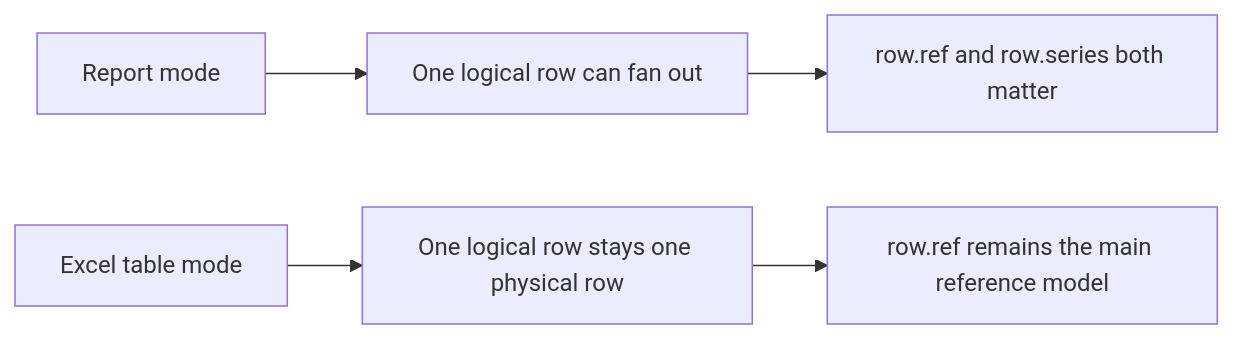
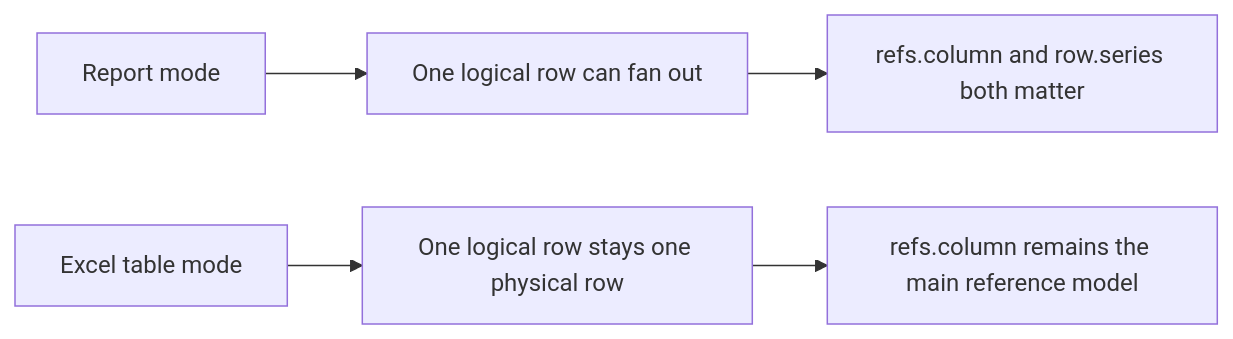
Before and after one commit to ChronicStone/typed-xlsx: the eighth of 8 diagrams in apps/docs/content/05.formulas/2.row-model.md, drawn with Mermaid. The commit also changed other lines of this file and 12 other files, not shown here.

First line of the commit message:
docs(docs): polish all 34 pages — add mermaid diagrams, fix outdated API refs, convert to twoslash

````diff
--- a/apps/docs/content/05.formulas/2.row-model.md
+++ b/apps/docs/content/05.formulas/2.row-model.md
@@ -302,8 +302,8 @@
 ```mermaid
 flowchart LR
   A[Report mode] --> B[One logical row can fan out]
-  B --> C[row.ref and row.series both matter]
+  B --> C[refs.column and row.series both matter]
 
   D[Excel table mode] --> E[One logical row stays one physical row]
-  E --> F[row.ref remains the main reference model]
+  E --> F[refs.column remains the main reference model]
 ```
````
